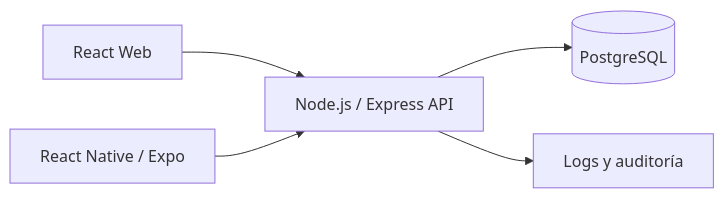
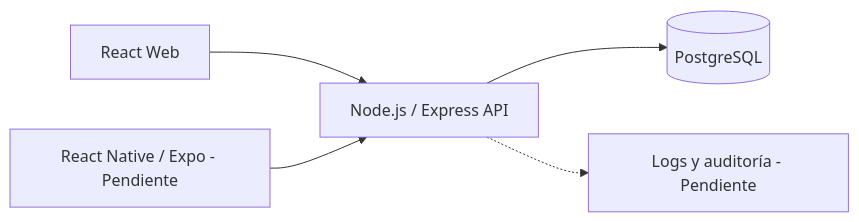
The diagram in specs/design.md (Yair-Blad/treowallet), drawn with Mermaid before and after one commit. The commit also changed other lines of this file and 48 other files, not shown here.

````diff
--- a/specs/design.md
+++ b/specs/design.md
@@ -19,7 +19,7 @@
 ```mermaid
 flowchart LR
     WEB[React Web] --> API[Node.js / Express API]
-    MOBILE[React Native / Expo] --> API
+    MOBILE[React Native / Expo - Pendiente] --> API
     API --> DB[(PostgreSQL)]
-    API --> LOG[Logs y auditoría]
+    API -.-> LOG[Logs y auditoría - Pendiente]
 ```
````
